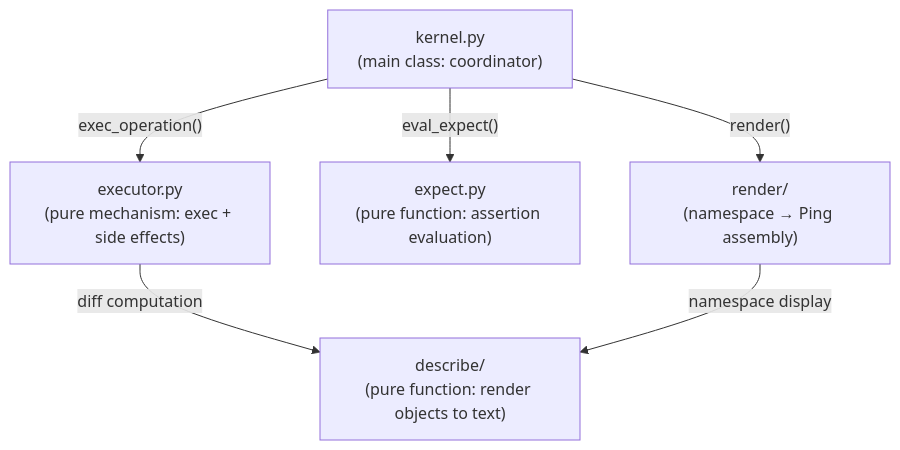
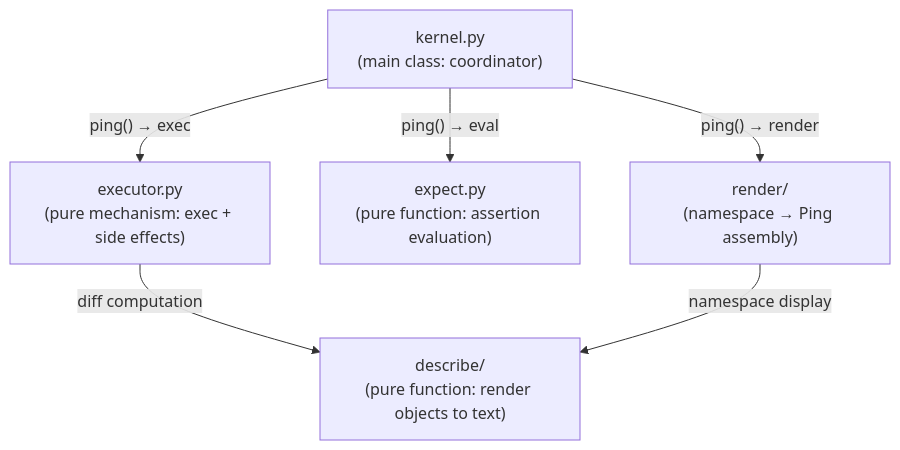
One commit to vessal-ai/vessal changed the first of 2 diagrams in src/vessal/ark/shell/hull/cell/kernel/README.md. Above: the diagram before and after it, drawn with Mermaid. The commit also changed other lines of this file and 3 other files, not shown here.

````diff
--- a/src/vessal/ark/shell/hull/cell/kernel/README.md
+++ b/src/vessal/ark/shell/hull/cell/kernel/README.md
@@ -26,14 +27,14 @@
 ```mermaid
 graph TD
     KernelPy["kernel.py\n(main class: coordinator)"]
     Exec["executor.py\n(pure mechanism: exec + side effects)"]
     Expect["expect.py\n(pure function: assertion evaluation)"]
     Describe["describe/\n(pure function: render objects to text)"]
     Render["render/\n(namespace → Ping assembly)"]
 
-    KernelPy -->|"exec_operation()"| Exec
-    KernelPy -->|"eval_expect()"| Expect
-    KernelPy -->|"render()"| Render
+    KernelPy -->|"ping() → exec"| Exec
+    KernelPy -->|"ping() → eval"| Expect
+    KernelPy -->|"ping() → render"| Render
     Exec -->|"diff computation"| Describe
     Render -->|"namespace display"| Describe
 ```
````
